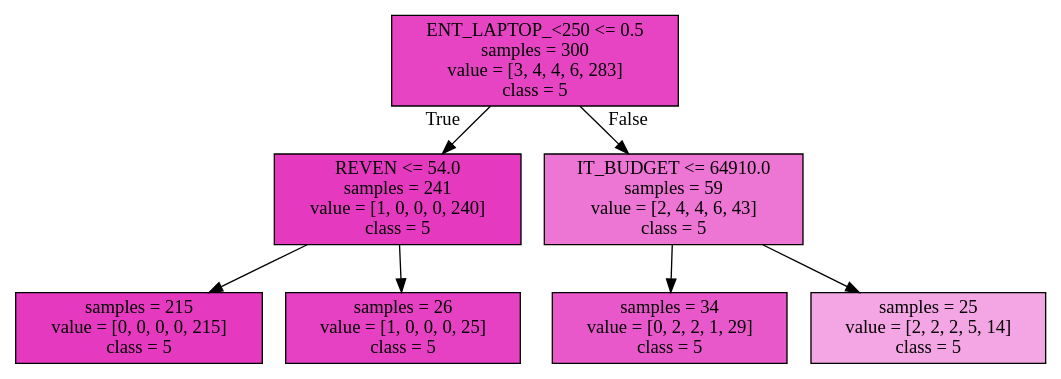
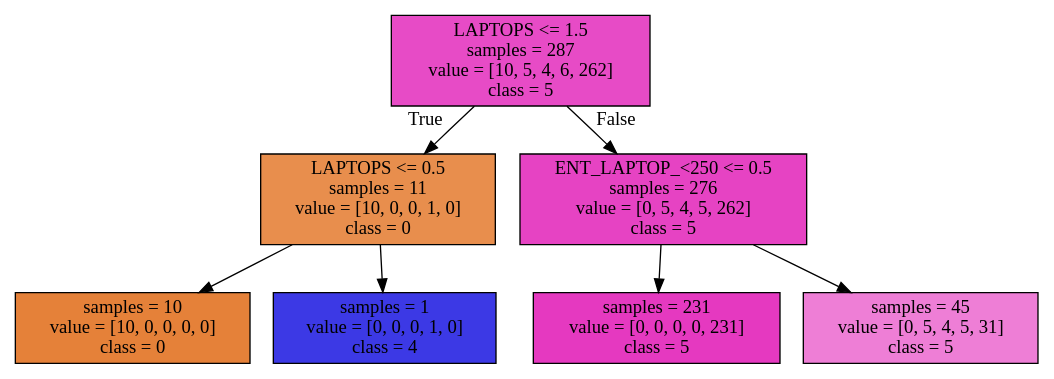
Before and after one commit to AlaaBejaoui/AberdeenProject: the diagram in AberdeenProject/results/decisionTree.dot, drawn with Graphviz. The commit also changed 65 other files, not shown here.

```diff
--- a/AberdeenProject/results/decisionTree.dot
+++ b/AberdeenProject/results/decisionTree.dot
@@ -1,16 +1,16 @@
 digraph Tree {
 node [shape=box, style="filled", color="black"] ;
-0 [label="ENT_LAPTOP_<250 <= 0.5\nsamples = 300\nvalue = [3, 4, 4, 6, 283]\nclass = 5", fillcolor="#e744c4"] ;
-1 [label="REVEN <= 54.0\nsamples = 241\nvalue = [1, 0, 0, 0, 240]\nclass = 5", fillcolor="#e53ac0"] ;
+0 [label="LAPTOPS <= 1.5\nsamples = 287\nvalue = [10, 5, 4, 6, 262]\nclass = 5", fillcolor="#e74bc6"] ;
+1 [label="LAPTOPS <= 0.5\nsamples = 11\nvalue = [10, 0, 0, 1, 0]\nclass = 0", fillcolor="#e88e4d"] ;
 0 -> 1 [labeldistance=2.5, labelangle=45, headlabel="True"] ;
-2 [label="samples = 215\nvalue = [0, 0, 0, 0, 215]\nclass = 5", fillcolor="#e539c0"] ;
+2 [label="samples = 10\nvalue = [10, 0, 0, 0, 0]\nclass = 0", fillcolor="#e58139"] ;
 1 -> 2 ;
-3 [label="samples = 26\nvalue = [1, 0, 0, 0, 25]\nclass = 5", fillcolor="#e641c3"] ;
+3 [label="samples = 1\nvalue = [0, 0, 0, 1, 0]\nclass = 4", fillcolor="#3c39e5"] ;
 1 -> 3 ;
-4 [label="IT_BUDGET <= 64910.0\nsamples = 59\nvalue = [2, 4, 4, 6, 43]\nclass = 5", fillcolor="#ed75d3"] ;
+4 [label="ENT_LAPTOP_<250 <= 0.5\nsamples = 276\nvalue = [0, 5, 4, 5, 262]\nclass = 5", fillcolor="#e643c3"] ;
 0 -> 4 [labeldistance=2.5, labelangle=-45, headlabel="False"] ;
-5 [label="samples = 34\nvalue = [0, 2, 2, 1, 29]\nclass = 5", fillcolor="#e958ca"] ;
+5 [label="samples = 231\nvalue = [0, 0, 0, 0, 231]\nclass = 5", fillcolor="#e539c0"] ;
 4 -> 5 ;
-6 [label="samples = 25\nvalue = [2, 2, 2, 5, 14]\nclass = 5", fillcolor="#f3a6e3"] ;
+6 [label="samples = 45\nvalue = [0, 5, 4, 5, 31]\nclass = 5", fillcolor="#ee7ed6"] ;
 4 -> 6 ;
 }
```
